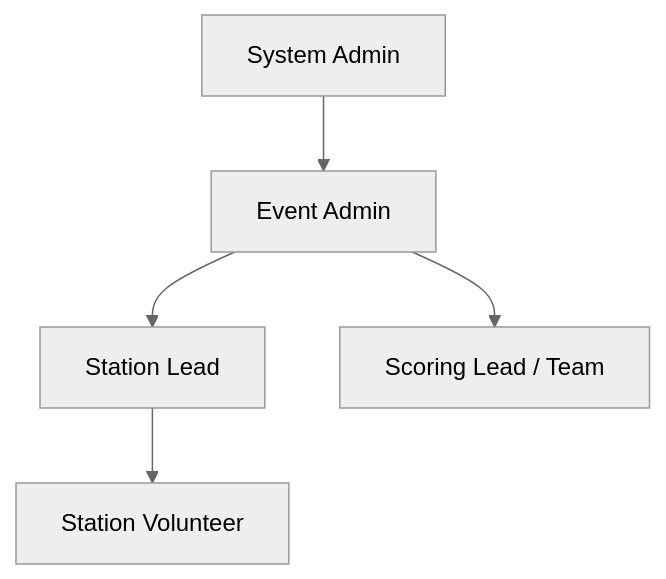
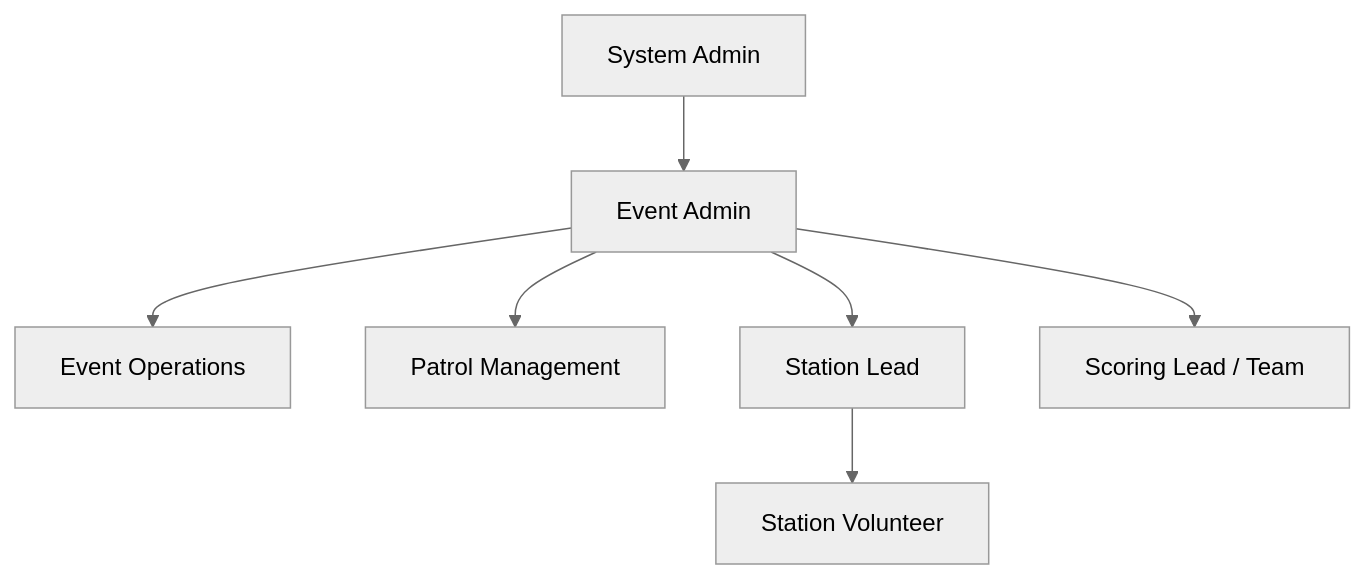
One commit to BenjamenMeyer/NightRunner changed the first of 2 diagrams in docs/USER_ROLES_AND_PERMISSIONS.md. Above: the diagram before and after it, drawn with Mermaid (neutral theme). The commit also changed other lines of this file and 5 other files, not shown here.

Commit message:
feat(auth): add event-ops and patrol-management roles

````diff
--- a/docs/USER_ROLES_AND_PERMISSIONS.md
+++ b/docs/USER_ROLES_AND_PERMISSIONS.md
@@ -9,7 +9,9 @@
 ```mermaid
 flowchart TD
     SA["System Admin"] --> EA["Event Admin"]
+    EA --> EO["Event Operations"]
+    EA --> PM["Patrol Management"]
     EA --> SL["Station Lead"]
     EA --> ST["Scoring Lead / Team"]
     SL --> SV["Station Volunteer"]
 ```
````
